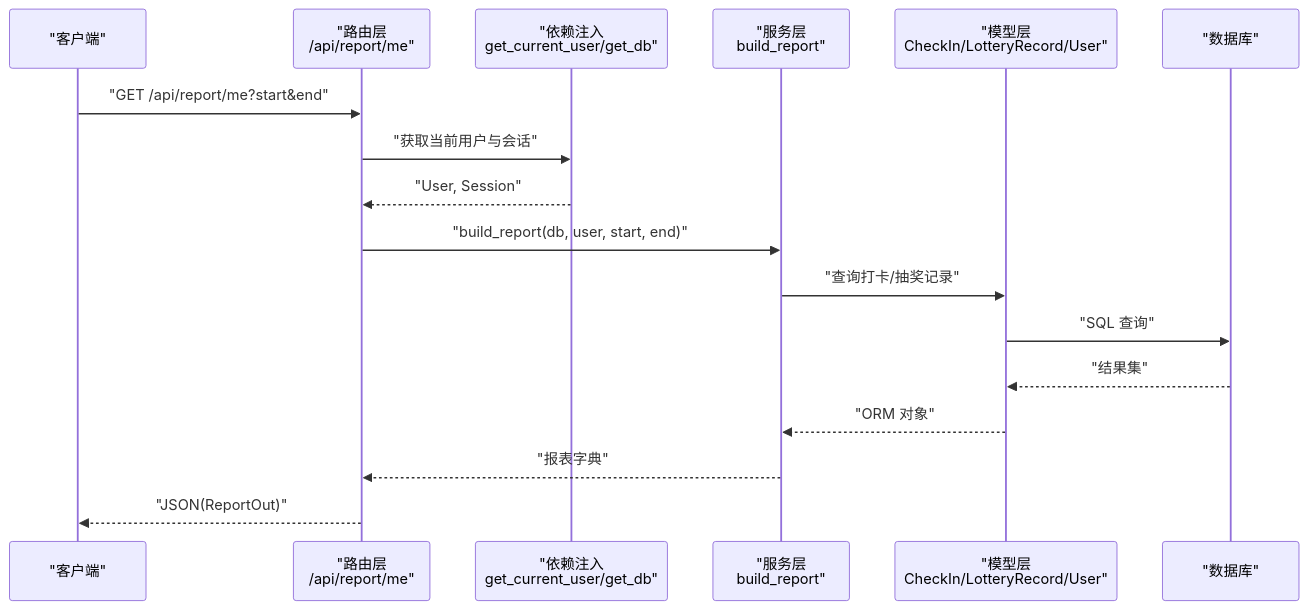
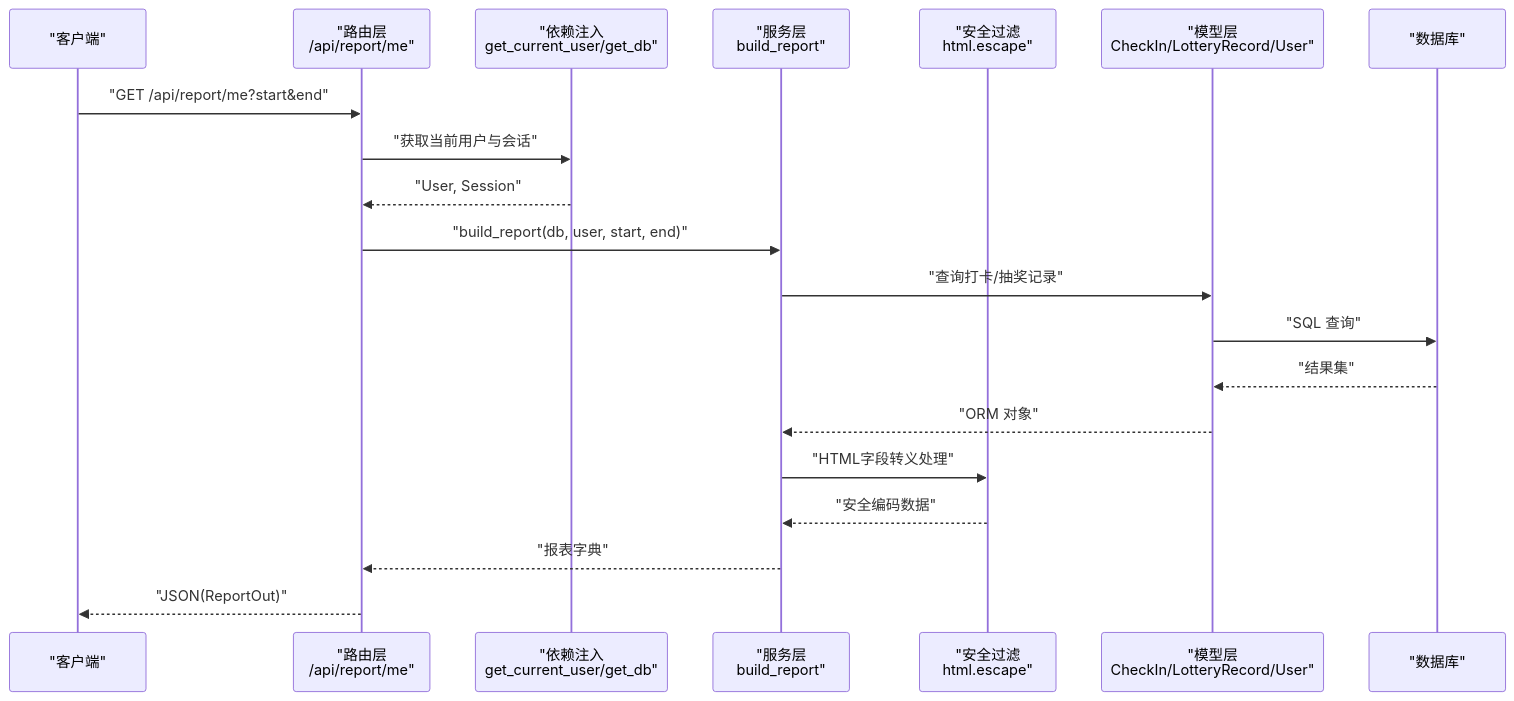
The second of 6 diagrams in .qoder/repowiki/zh/content/暑假作业打卡系统/后端服务架构/服务层架构/报表服务.md (onebody/homework), drawn with Mermaid before and after one commit. The commit also changed other lines of this file and 28 other files, not shown here.

````diff
--- a/.qoder/repowiki/zh/content/暑假作业打卡系统/后端服务架构/服务层架构/报表服务.md
+++ b/.qoder/repowiki/zh/content/暑假作业打卡系统/后端服务架构/服务层架构/报表服务.md
@@ -103,19 +116,22 @@
 ```mermaid
 sequenceDiagram
 participant C as "客户端"
 participant R as "路由层<br/>/api/report/me"
 participant D as "依赖注入<br/>get_current_user/get_db"
 participant S as "服务层<br/>build_report"
+participant SEC as "安全过滤<br/>html.escape"
 participant M as "模型层<br/>CheckIn/LotteryRecord/User"
 participant DB as "数据库"
 C->>R : "GET /api/report/me?start&end"
 R->>D : "获取当前用户与会话"
 D-->>R : "User, Session"
 R->>S : "build_report(db, user, start, end)"
 S->>M : "查询打卡/抽奖记录"
 M->>DB : "SQL 查询"
 DB-->>M : "结果集"
 M-->>S : "ORM 对象"
+S->>SEC : "HTML字段转义处理"
+SEC-->>S : "安全编码数据"
 S-->>R : "报表字典"
 R-->>C : "JSON(ReportOut)"
 ```
````
